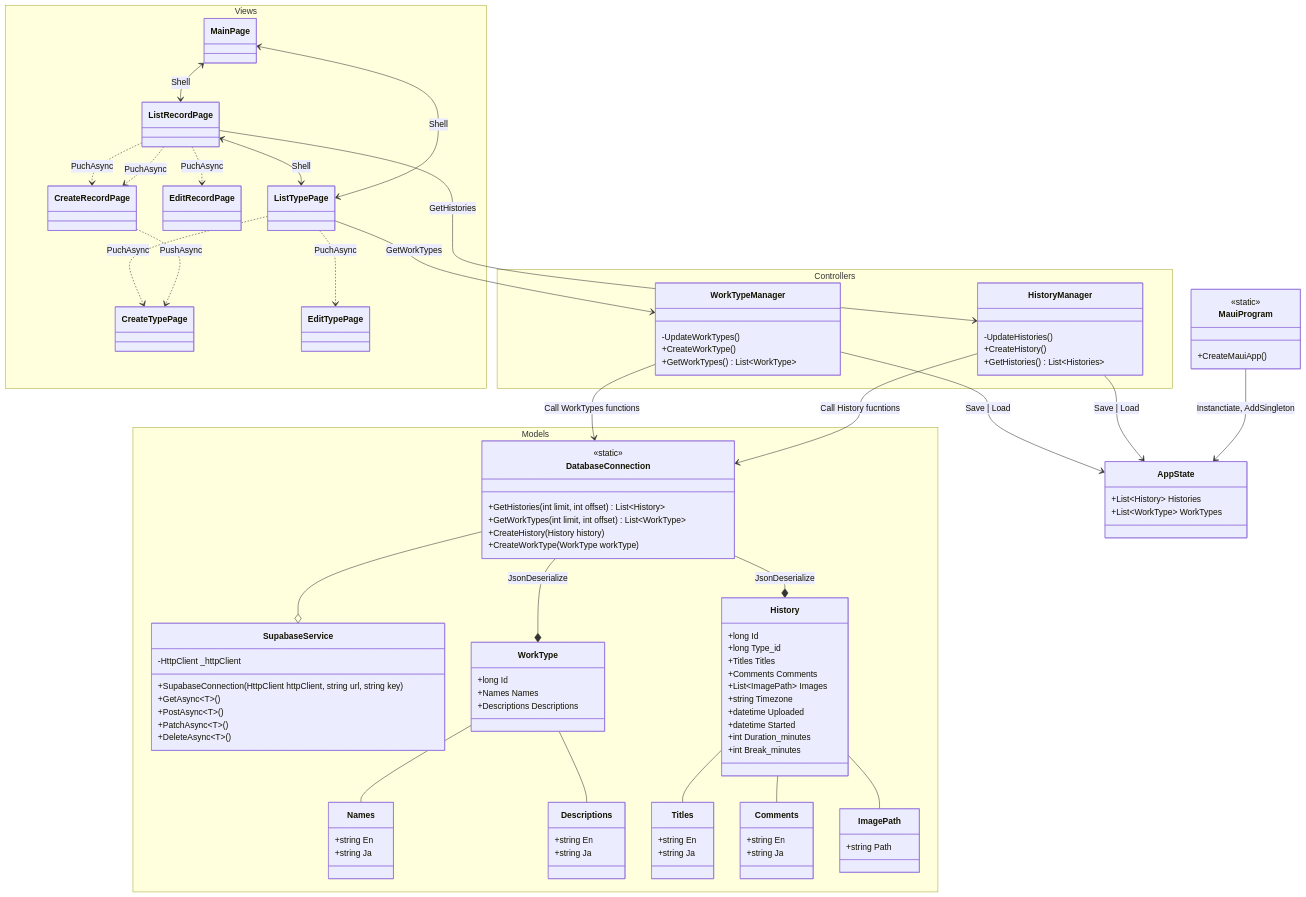
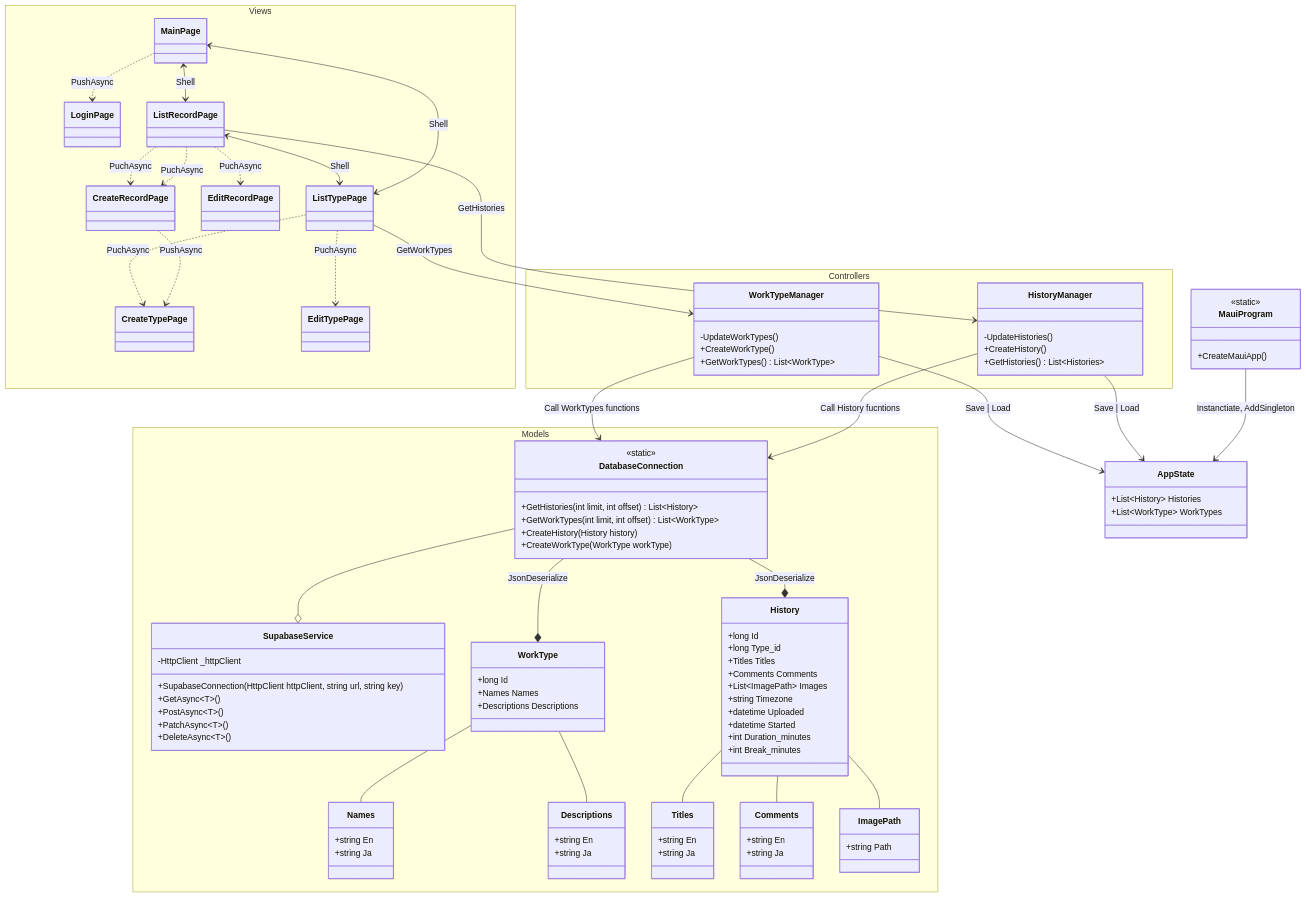
The diagram in documents/recorder-diagram.md (kor7211/coco-work-tracker), drawn with Mermaid before and after one commit. The commit also changed 1 other file, not shown here.

Commit message:
feat(api): add service

```diff
--- a/documents/recorder-diagram.md
+++ b/documents/recorder-diagram.md
@@ -14,6 +14,10 @@
 	namespace Views {
 		class MainPage {
 			
+		}
+
+		class LoginPage {
+
 		}
 		
 
@@ -44,6 +48,7 @@
 	MainPage <--> ListRecordPage : Shell
 	MainPage <--> ListTypePage : Shell
 	ListRecordPage <--> ListTypePage : Shell
+	MainPage ..> LoginPage : PushAsync
 	CreateRecordPage ..> CreateTypePage : PushAsync
 	ListRecordPage ..> EditRecordPage : PuchAsync
 	ListTypePage ..> EditTypePage : PuchAsync
```
